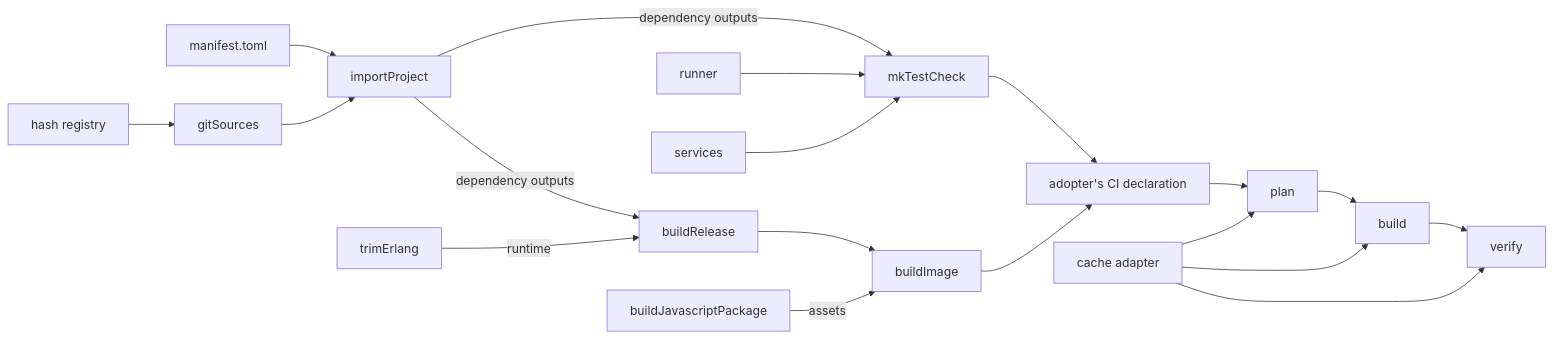
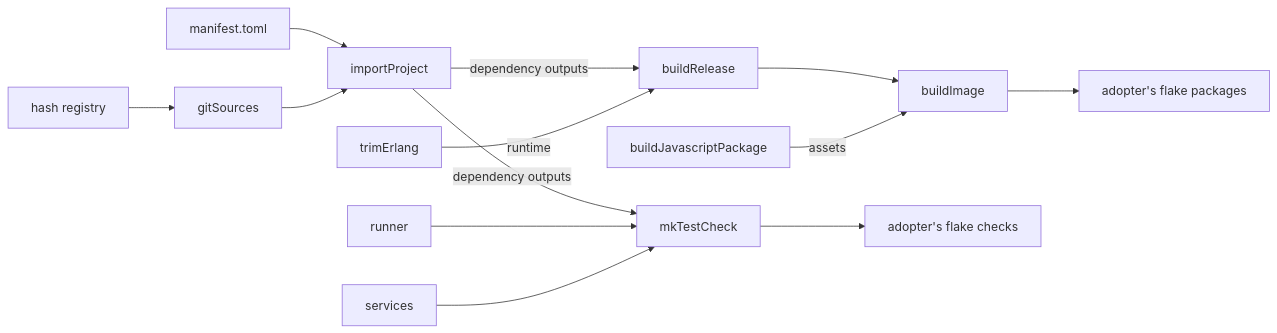
The diagram in docs/design.md (gleam-dream/gleam-nix), drawn with Mermaid before and after one commit. The commit also changed other lines of this file and 13 other files, not shown here.

````diff
--- a/docs/design.md
+++ b/docs/design.md
@@ -83,18 +81,14 @@
 ```mermaid
 flowchart LR
   manifest[manifest.toml] --> import[importProject]
   registry[hash registry] --> git[gitSources] --> import
   import -- dependency outputs --> test[mkTestCheck]
   runner[runner] --> test
   services[services] --> test
   import -- dependency outputs --> release[buildRelease]
   trim[trimErlang] -- runtime --> release
   release --> image[buildImage]
   js[buildJavascriptPackage] -- assets --> image
-  test --> decl[adopter's CI declaration]
-  image --> decl
-  decl --> plan --> build --> verify
-  adapter[cache adapter] --> plan
-  adapter --> build
-  adapter --> verify
+  test --> checks[adopter's flake checks]
+  image --> packages[adopter's flake packages]
 ```
````
